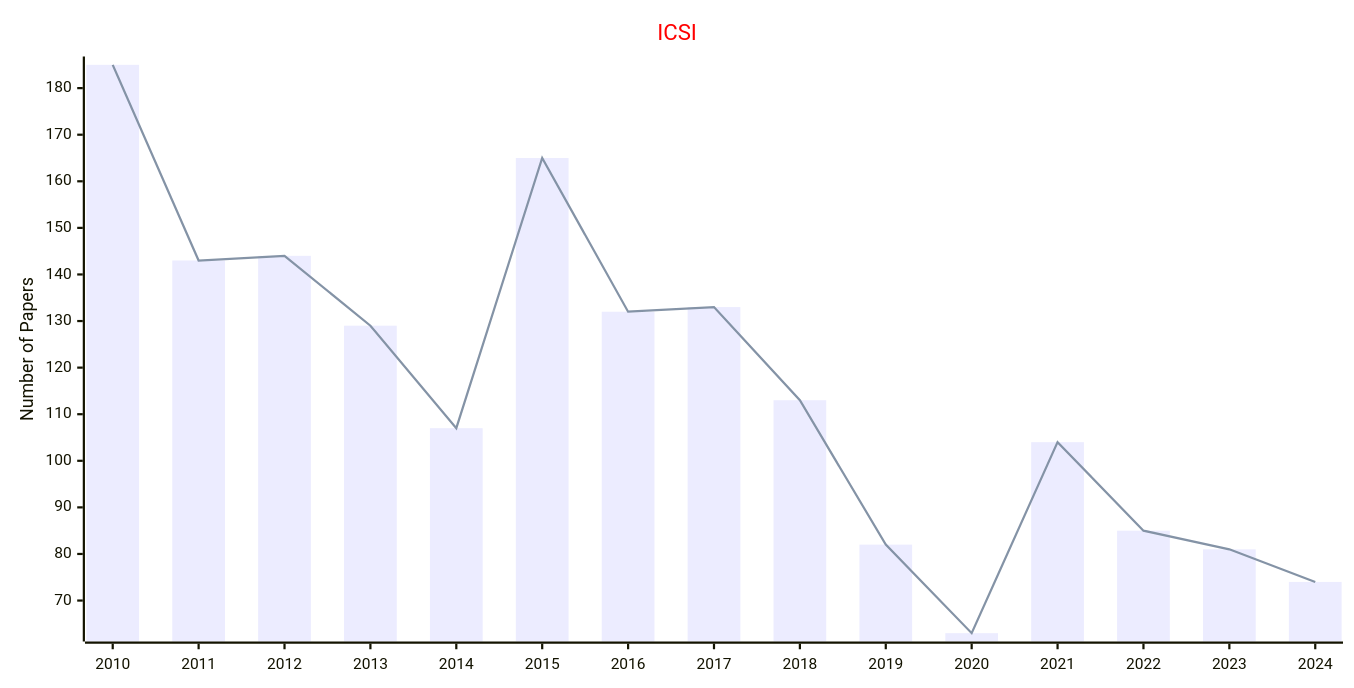
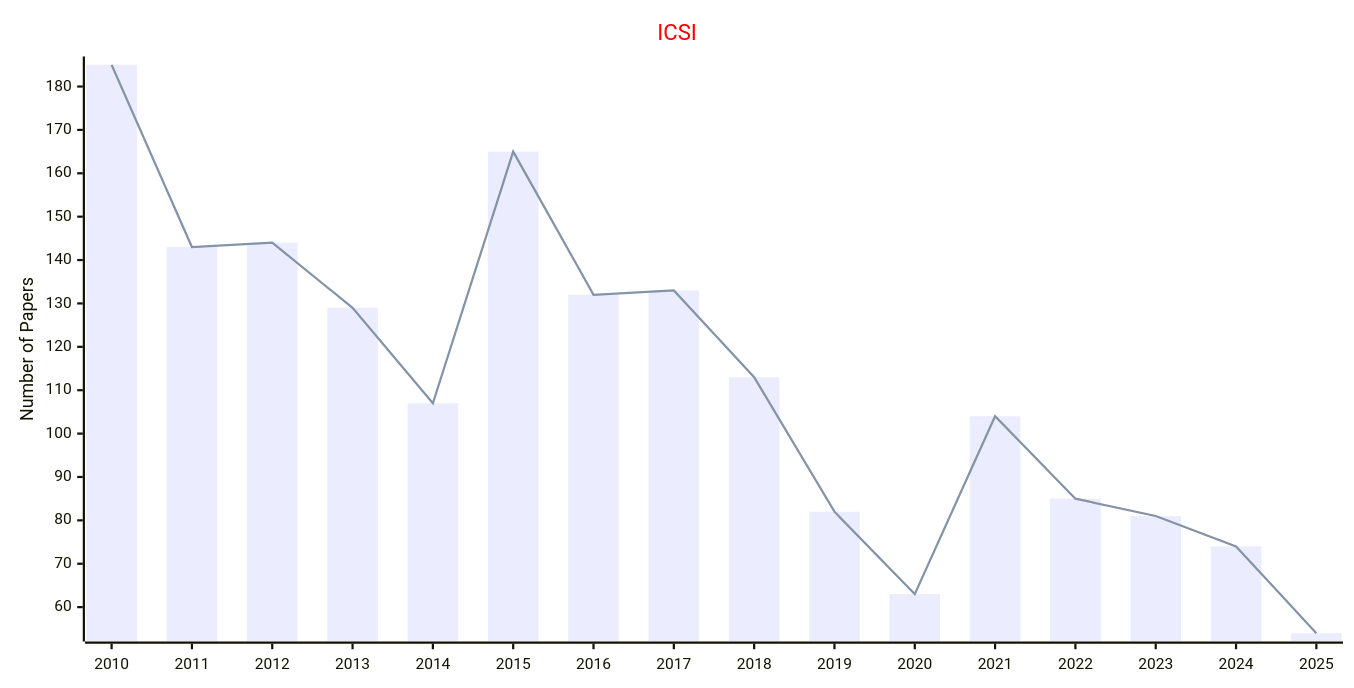
Before and after one commit to Easy-PhD/AILinks: the eighth of 10 diagrams in docs/data/Conferences/Publishers_Conferences/SPRINGER.md, drawn with Mermaid. The commit also changed 8 other files, not shown here.

````diff
--- a/docs/data/Conferences/Publishers_Conferences/SPRINGER.md
+++ b/docs/data/Conferences/Publishers_Conferences/SPRINGER.md
@@ -195,17 +195,17 @@
 ```mermaid
 ---
 config:
     xyChart:
         width: 1200
         height: 600
     themeVariables:
         xyChart:
             titleColor: "#ff0000"
 ---
 xychart-beta
     title "ICSI"
-    x-axis [2010, 2011, 2012, 2013, 2014, 2015, 2016, 2017, 2018, 2019, 2020, 2021, 2022, 2023, 2024]
+    x-axis [2010, 2011, 2012, 2013, 2014, 2015, 2016, 2017, 2018, 2019, 2020, 2021, 2022, 2023, 2024, 2025]
     y-axis "Number of Papers"
-    bar [185, 143, 144, 129, 107, 165, 132, 133, 113, 82, 63, 104, 85, 81, 74]
-    line [185, 143, 144, 129, 107, 165, 132, 133, 113, 82, 63, 104, 85, 81, 74]
+    bar [185, 143, 144, 129, 107, 165, 132, 133, 113, 82, 63, 104, 85, 81, 74, 54]
+    line [185, 143, 144, 129, 107, 165, 132, 133, 113, 82, 63, 104, 85, 81, 74, 54]
 ```
````
